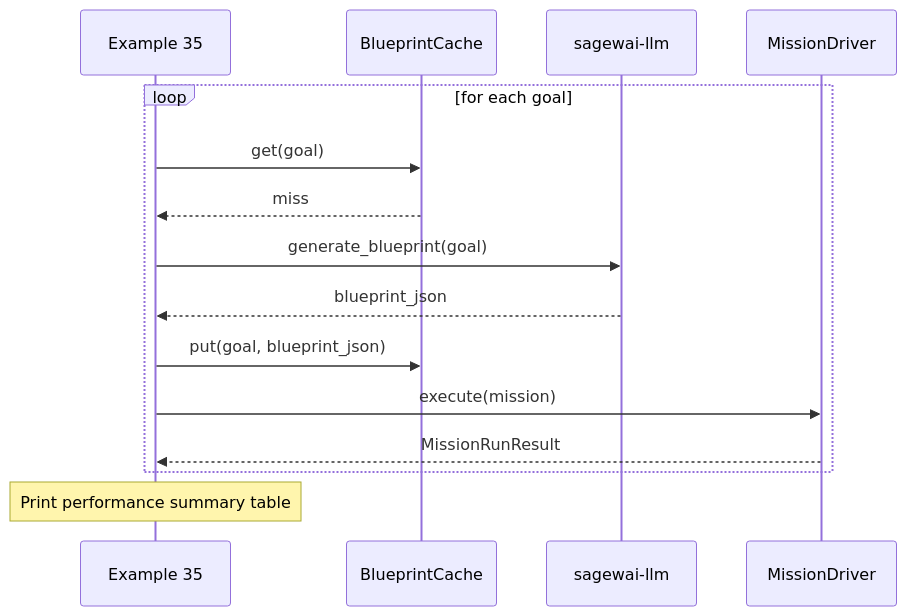
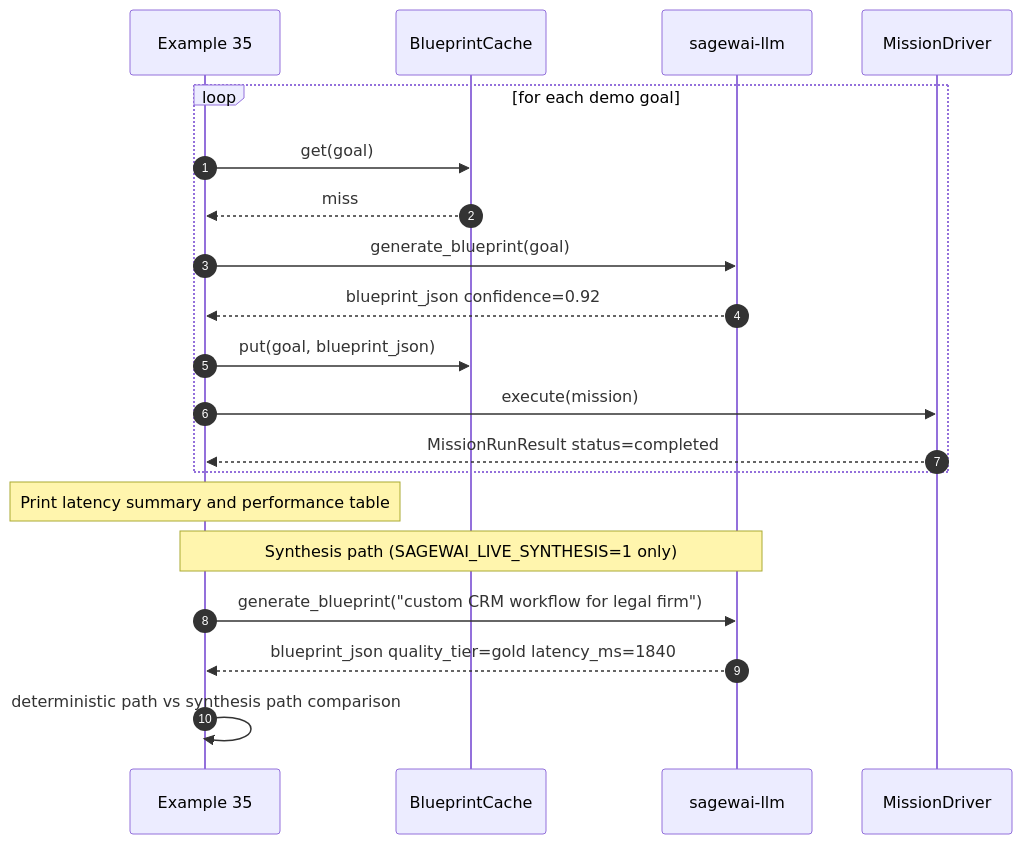
The second of 2 diagrams in packages/sdk/sagewai/examples/35_autopilot_hosted_service.md (sagewai/platform), drawn with Mermaid before and after one commit. The commit also changed other lines of this file and 8 other files, not shown here.

Commit message:
feat(examples): autopilot E-delta — quality_tier, live-synthesis, 4 companion READMEs (#258)

````diff
--- a/packages/sdk/sagewai/examples/35_autopilot_hosted_service.md
+++ b/packages/sdk/sagewai/examples/35_autopilot_hosted_service.md
@@ -46,18 +52,24 @@
 ```mermaid
 sequenceDiagram
+    autonumber
     participant Ex as Example 35
     participant Cache as BlueprintCache
     participant Svc as sagewai-llm
     participant Driver as MissionDriver
 
-    loop for each goal
+    loop for each demo goal
         Ex->>Cache: get(goal)
         Cache-->>Ex: miss
         Ex->>Svc: generate_blueprint(goal)
-        Svc-->>Ex: blueprint_json
+        Svc-->>Ex: blueprint_json confidence=0.92
         Ex->>Cache: put(goal, blueprint_json)
         Ex->>Driver: execute(mission)
-        Driver-->>Ex: MissionRunResult
+        Driver-->>Ex: MissionRunResult status=completed
     end
-    Note over Ex: Print performance summary table
+    Note over Ex: Print latency summary and performance table
+
+    note over Ex,Svc: Synthesis path (SAGEWAI_LIVE_SYNTHESIS=1 only)
+    Ex->>Svc: generate_blueprint("custom CRM workflow for legal firm")
+    Svc-->>Ex: blueprint_json quality_tier=gold latency_ms=1840
+    Ex->>Ex: deterministic path vs synthesis path comparison
 ```
````
